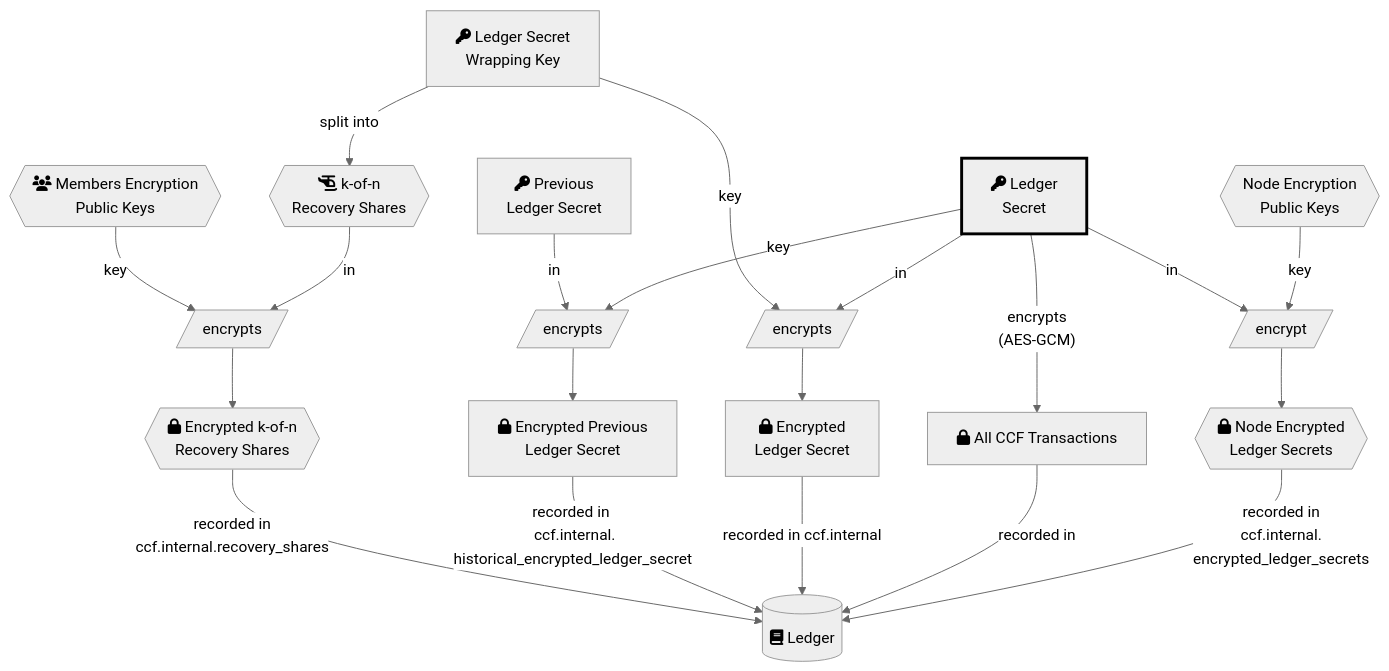
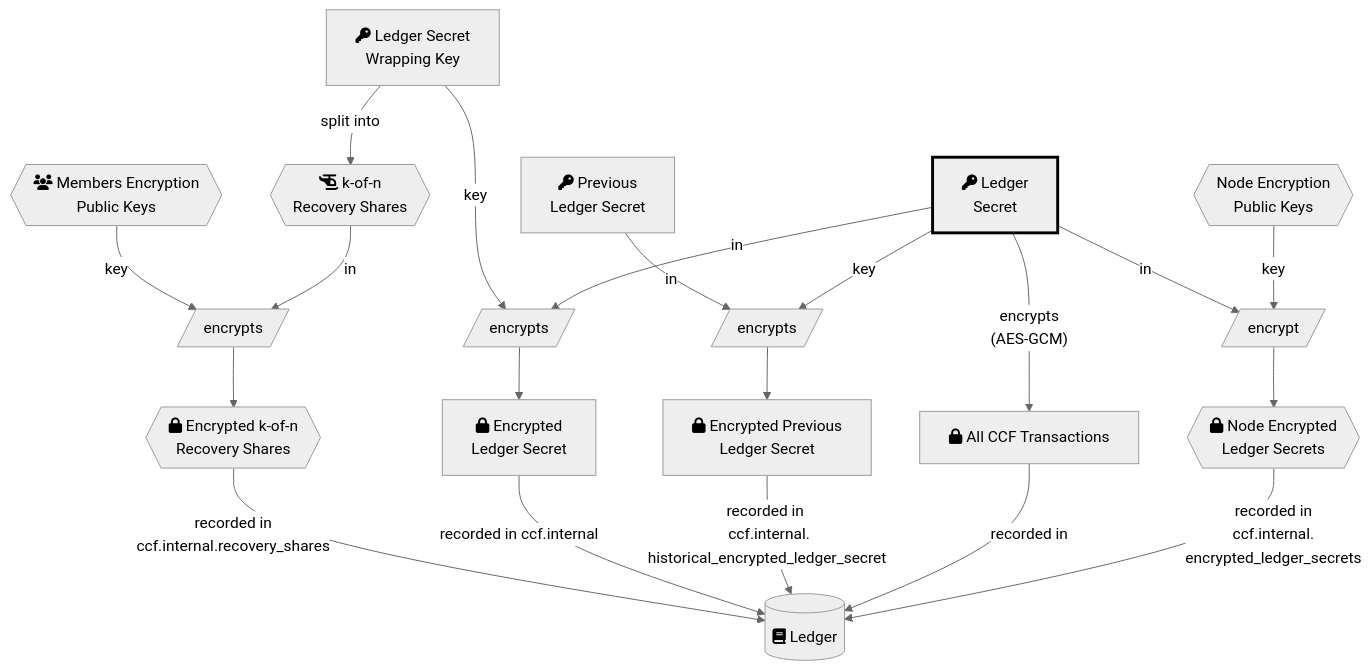
The second of 2 diagrams in doc/overview/cryptography.rst (microsoft/CCF), drawn with Mermaid (neutral theme) before and after one commit. The commit also changed other lines of this file, not shown here.

```diff
--- a/doc/overview/cryptography.rst
+++ b/doc/overview/cryptography.rst
@@ -74,24 +77,24 @@
 .. mermaid::
 
     flowchart TB
         WrappingKey -- split into --> RecoveryShares{{fa:fa-helicopter k-of-n <br> Recovery Shares}}
         MemberPublicKeys{{fa:fa-users Members Encryption <br> Public Keys}} --key--> F[/encrypts/]
         RecoveryShares --in--> F[/encrypts/] --> EncryptedRecoveryShares{{fa:fa-lock Encrypted k-of-n <br> Recovery Shares}}
         EncryptedRecoveryShares -- recorded in <br> ccf.internal.recovery_shares --> Ledger
 
+        WrappingKey[fa:fa-key Ledger Secret <br> Wrapping Key] --key--> N[/encrypts/]
+        LedgerSecret --in--> N[/encrypts/] --> EncryptedLedgerSecret[fa:fa-lock Encrypted <br> Ledger Secret]
+        EncryptedLedgerSecret -- recorded in ccf.internal --> Ledger[(fa:fa-book Ledger)]
+
         PreviousLedgerSecret[fa:fa-key Previous <br> Ledger Secret] --in--> H[/encrypts/] --> EncryptedPreviousLedgerSecret[fa:fa-lock Encrypted Previous <br> Ledger Secret]
         LedgerSecret --key--> H[/encrypts/]
         EncryptedPreviousLedgerSecret -- recorded in <br> ccf.internal.<br>historical_encrypted_ledger_secret --> Ledger
-
-        WrappingKey[fa:fa-key Ledger Secret <br> Wrapping Key] --key--> N[/encrypts/]
-        LedgerSecret --in--> N[/encrypts/] --> EncryptedLedgerSecret[fa:fa-lock Encrypted <br> Ledger Secret]
-        EncryptedLedgerSecret -- recorded in ccf.internal --> Ledger[(fa:fa-book Ledger)]
 
         LedgerSecret[fa:fa-key Ledger <br> Secret] -- "encrypts <br> (AES-GCM)" --> Transactions[fa:fa-lock All CCF Transactions]
         style LedgerSecret stroke:black,stroke-width:3px
         Transactions -- recorded in --> Ledger
 
         LedgerSecret --in--> K[/encrypts/] --> NodeEncryptedLedgerSecrets{{fa:fa-lock Node Encrypted Ledger Secrets}}
         NodeEncryptionPublicKeys{{Node Encryption <br> Public Keys}} --key--> K[/encrypt/]
         NodeEncryptedLedgerSecrets{{fa:fa-lock Node Encrypted <br> Ledger Secrets}}
         NodeEncryptedLedgerSecrets -- recorded in <br> ccf.internal.<br>encrypted_ledger_secrets --> Ledger
```
